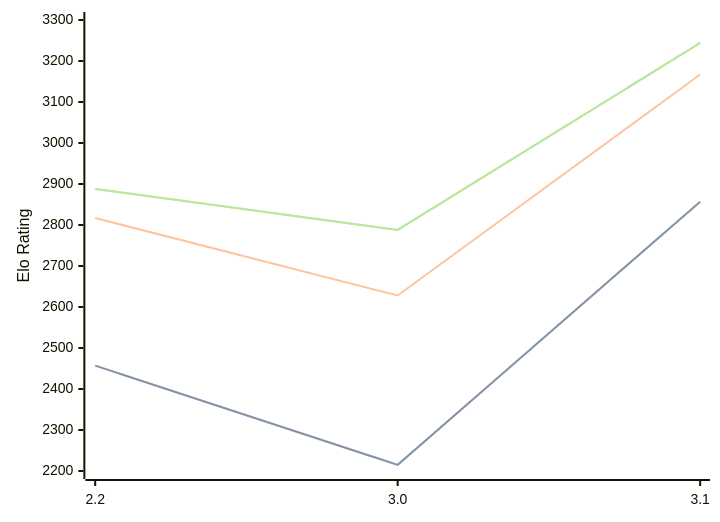
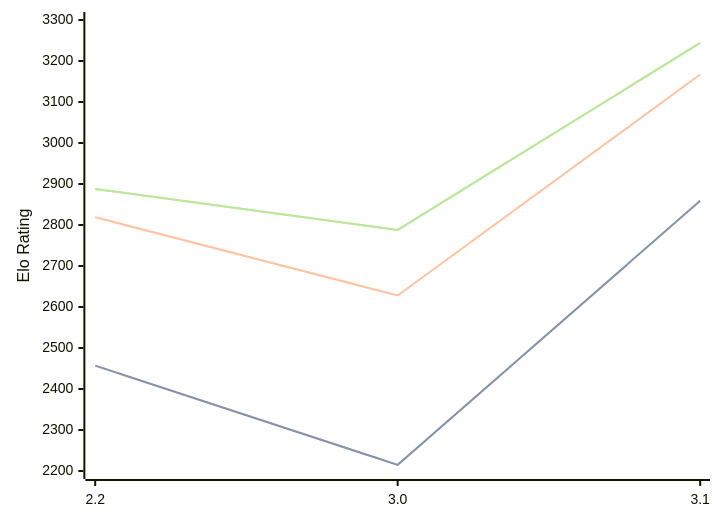
One commit to computer-chess-index/cci changed the third of 3 diagrams in engines/Thrawn.md. Above: the diagram before and after it, drawn with Mermaid. The commit also changed other lines of this file, not shown here.

````diff
--- a/engines/Thrawn.md
+++ b/engines/Thrawn.md
@@ -74,11 +74,11 @@
 ```mermaid
 %%{init: {"theme":"base","themeVariables":{"seriesColors:['#a3a3a3','#222221','#faa371']}}}%%
 xychart-beta
   x-axis ["2.2", "3.0", "3.1"]
   y-axis "Elo Rating" 2200 --> 3300
-  line "STC (8.0+0.08s)" [2457, 2215, 2857]
-  line "STC (8.0+0.08s)" [2457, 2215, 2857]
-  line "LTC (60.0+0.60s)" [2817, 2628, 3167]
+  line "STC (8.0+0.08s)" [2457, 2215, 2859]
+  line "STC (8.0+0.08s)" [2457, 2215, 2859]
+  line "LTC (60.0+0.60s)" [2819, 2628, 3167]
   line "VLTC (2m24s+1.12s)" [2888, 2788, 3244]
   line "VLTC (2m24s+1.12s)" [2888, 2788, 3244]
 ```
````
